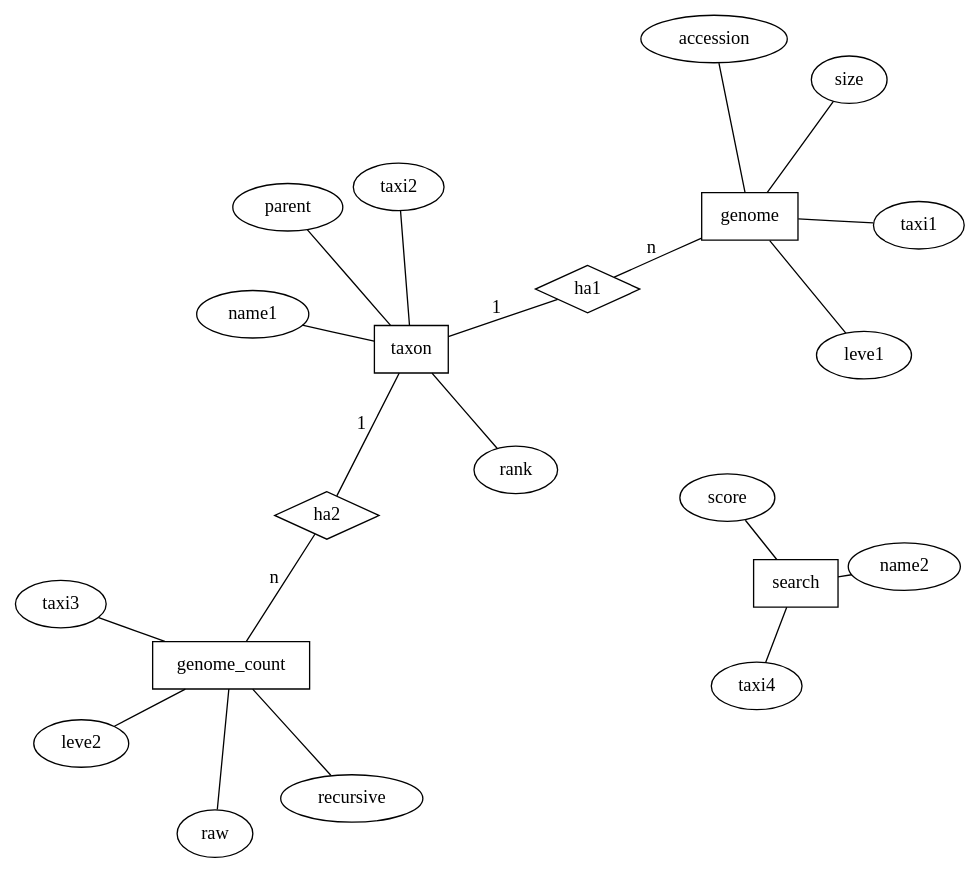
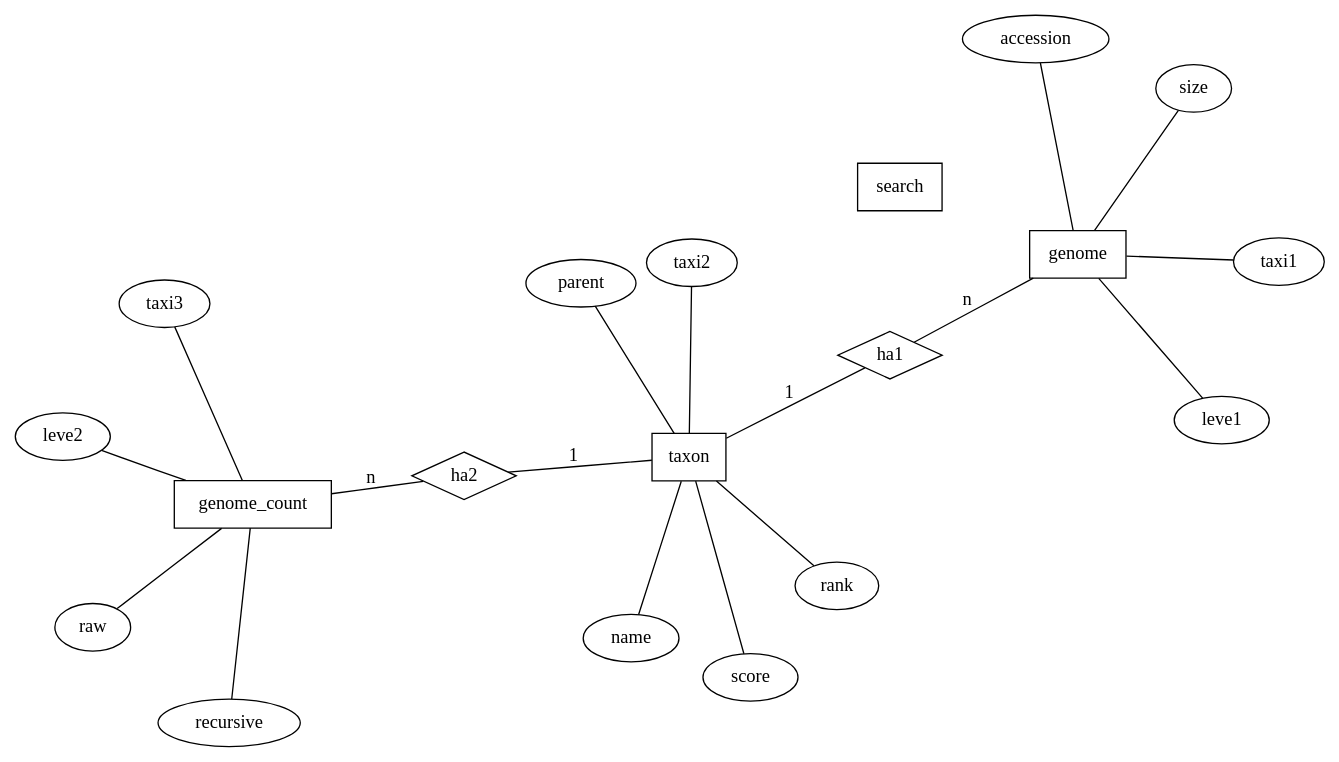
Before and after one commit to EvolBioInf/neighbors: the diagram in doc/db.dot, drawn with Graphviz. The commit also changed 22 other files, not shown here.

```diff
--- a/doc/db.dot
+++ b/doc/db.dot
@@ -1,34 +1,31 @@
 graph ER {
 layout=neato
 overlap=scale
 // entities
 node [shape=box]; taxon; genome; genome_count; search
 // attributes
-node [shape=ellipse] accession; size; parent; name1; name2; rank; raw; recursive; leve1; leve2; taxi1; taxi2; taxi3; taxi4; score
+node [shape=ellipse] accession; size; parent; name; rank; raw; recursive; leve1; leve2; taxi1; taxi2; taxi3; score
 // relations
 node [shape=diamond] ha1; ha2;
 
 genome -- leve1
 genome -- accession
 genome -- size
 genome -- taxi1
 genome -- ha1 [label="n"]
 
 taxon -- taxi2 
 taxon -- parent
-taxon -- name1
+taxon -- name
 taxon -- rank
+taxon -- score
 taxon -- ha1 [label="1"]
 taxon -- ha2 [label="1"]
 
 genome_count -- taxi3
 genome_count -- raw
 genome_count -- recursive
 genome_count -- leve2
 genome_count -- ha2 [label="n"]
 
-search -- taxi4
-search -- name2
-search -- score
-
 }
```
